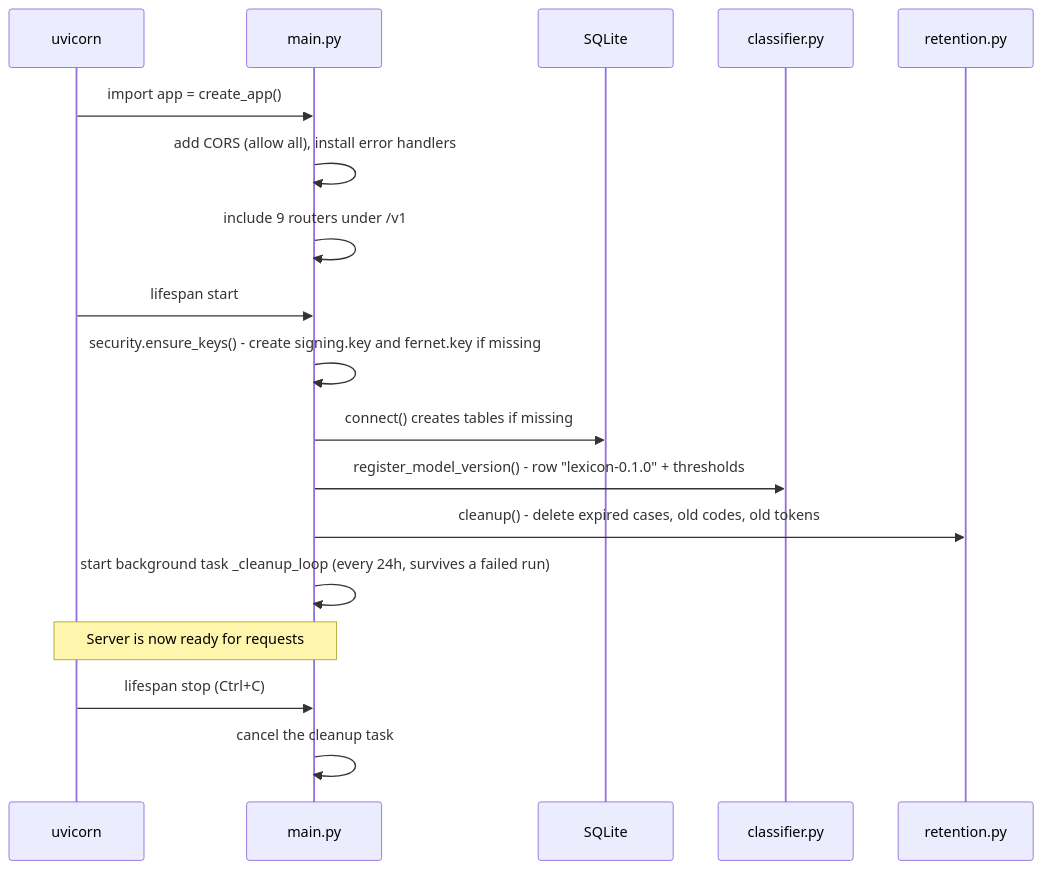
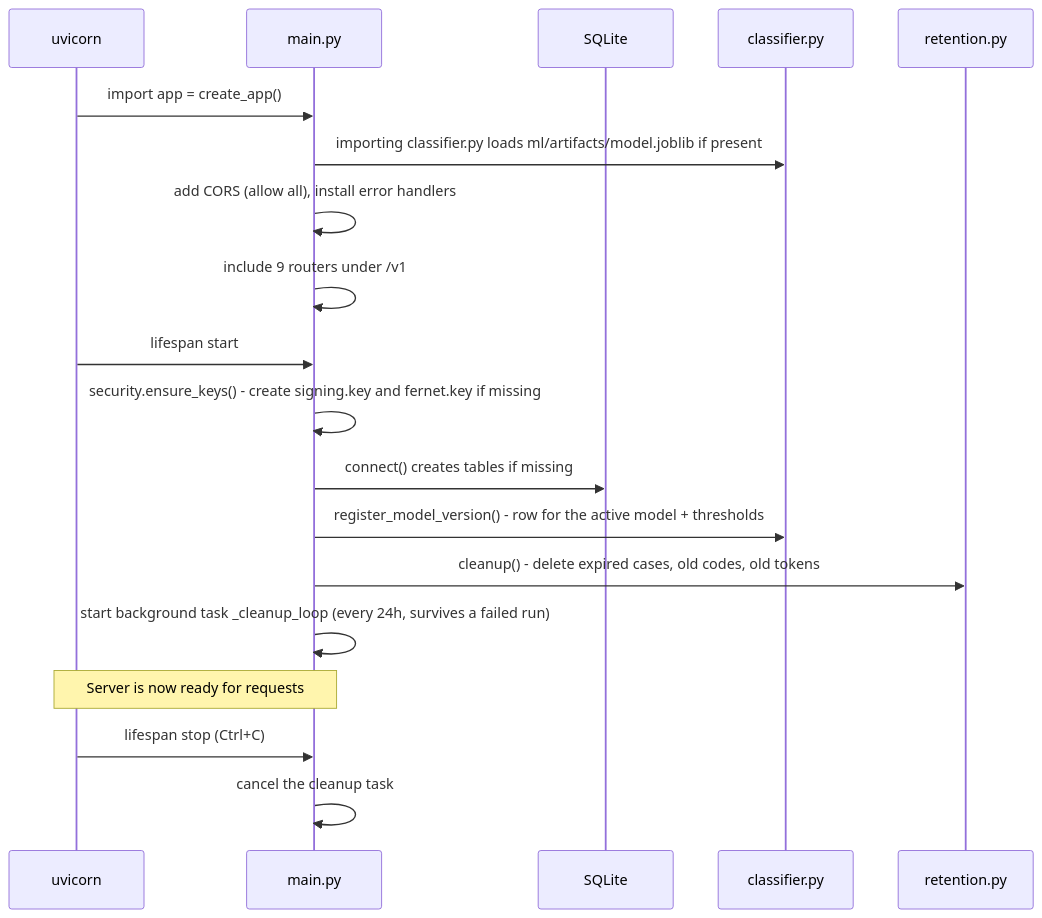
The third of 25 diagrams in PROJECT_GUIDE.md (abdullah956/a-mbl), drawn with Mermaid before and after one commit. The commit also changed other lines of this file and 12 other files, not shown here.

````diff
--- a/PROJECT_GUIDE.md
+++ b/PROJECT_GUIDE.md
@@ -417,20 +459,21 @@
 ```mermaid
 sequenceDiagram
     participant U as uvicorn
     participant M as main.py
     participant DB as SQLite
     participant C as classifier.py
     participant R as retention.py
     U->>M: import app = create_app()
+    M->>C: importing classifier.py loads ml/artifacts/model.joblib if present
     M->>M: add CORS (allow all), install error handlers
     M->>M: include 9 routers under /v1
     U->>M: lifespan start
     M->>M: security.ensure_keys() - create signing.key and fernet.key if missing
     M->>DB: connect() creates tables if missing
-    M->>C: register_model_version() - row "lexicon-0.1.0" + thresholds
+    M->>C: register_model_version() - row for the active model + thresholds
     M->>R: cleanup() - delete expired cases, old codes, old tokens
     M->>M: start background task _cleanup_loop (every 24h, survives a failed run)
     Note over U,M: Server is now ready for requests
     U->>M: lifespan stop (Ctrl+C)
     M->>M: cancel the cleanup task
 ```
````
